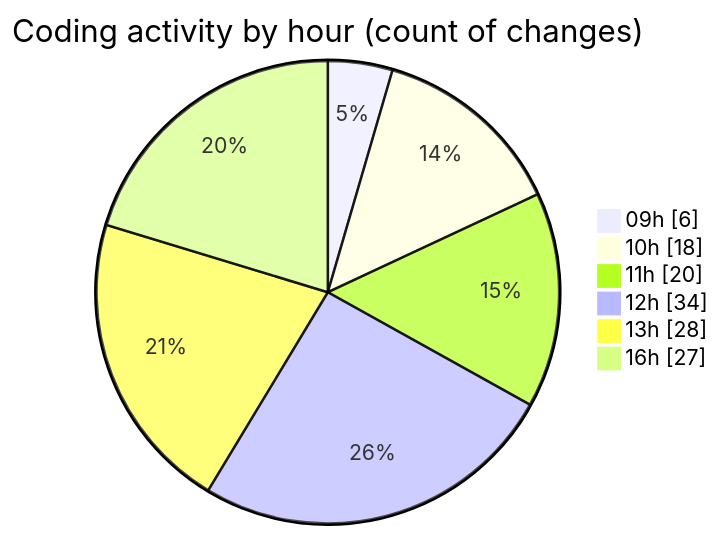
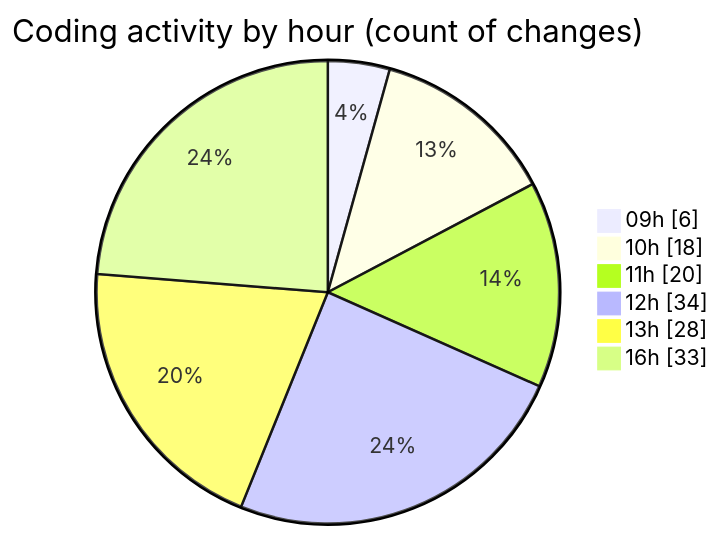
One commit to momahboobian/code-tracking changed the second of 2 diagrams in 2025-06-20/cda/README.md. Above: the diagram before and after it, drawn with Mermaid. The commit also changed other lines of this file and 1 other file, not shown here.

````diff
--- a/2025-06-20/cda/README.md
+++ b/2025-06-20/cda/README.md
@@ -54,10 +54,10 @@
 ```mermaid
 pie showData
 title Coding activity by hour (count of changes)
 "09h" : 6
 "10h" : 18
 "11h" : 20
 "12h" : 34
 "13h" : 28
-"16h" : 27
+"16h" : 33
 ```
````
